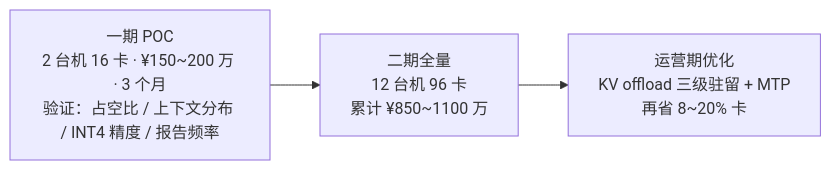
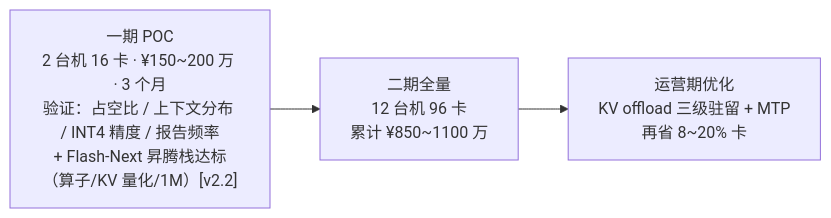
Before and after one commit to Yongjunzhou/AOS-system-design: the fifth of 6 diagrams in 51-AI部署研究/01-AI私有部署研究报告/01-AI私有部署推理平台研究报告.md, drawn with Mermaid. The commit also changed other lines of this file and 62 other files, not shown here.

````diff
--- a/51-AI部署研究/01-AI私有部署研究报告/01-AI私有部署推理平台研究报告.md
+++ b/51-AI部署研究/01-AI私有部署研究报告/01-AI私有部署推理平台研究报告.md
@@ -199,5 +205,5 @@
 ```mermaid
 flowchart LR
-    A["一期 POC<br/>2 台机 16 卡 · ¥150~200 万 · 3 个月<br/>验证：占空比 / 上下文分布 / INT4 精度 / 报告频率"] --> B["二期全量<br/>12 台机 96 卡<br/>累计 ¥850~1100 万"]
+    A["一期 POC<br/>2 台机 16 卡 · ¥150~200 万 · 3 个月<br/>验证：占空比 / 上下文分布 / INT4 精度 / 报告频率<br/>+ Flash-Next 昇腾栈达标（算子/KV 量化/1M）[v2.2]"] --> B["二期全量<br/>12 台机 96 卡<br/>累计 ¥850~1100 万"]
     B --> C["运营期优化<br/>KV offload 三级驻留 + MTP<br/>再省 8~20% 卡"]
 ```
````
